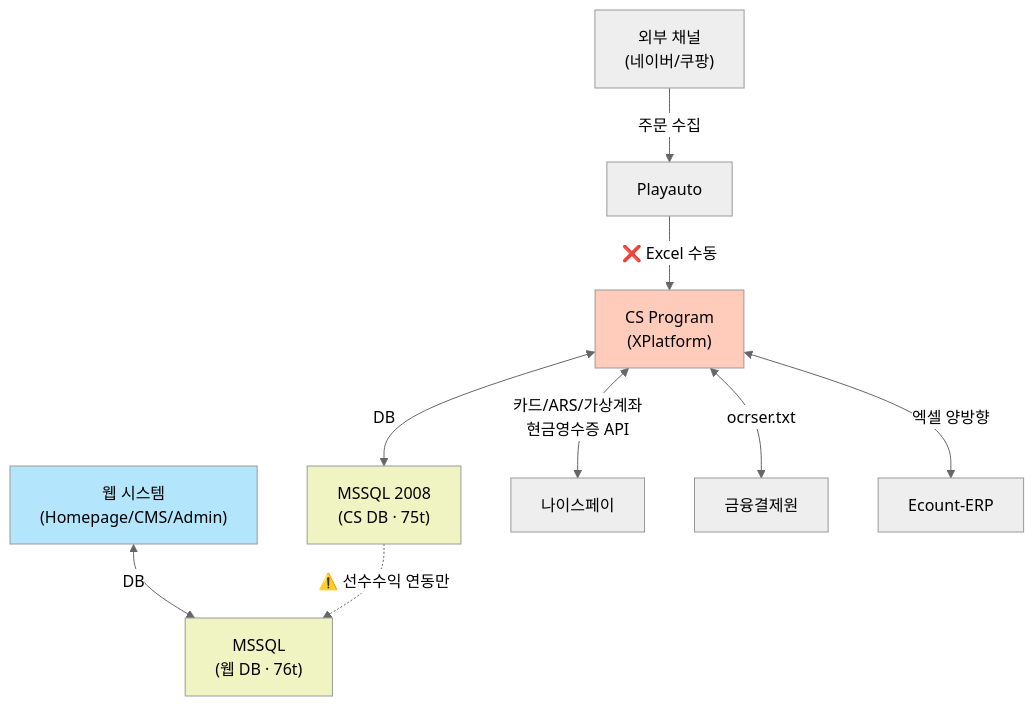
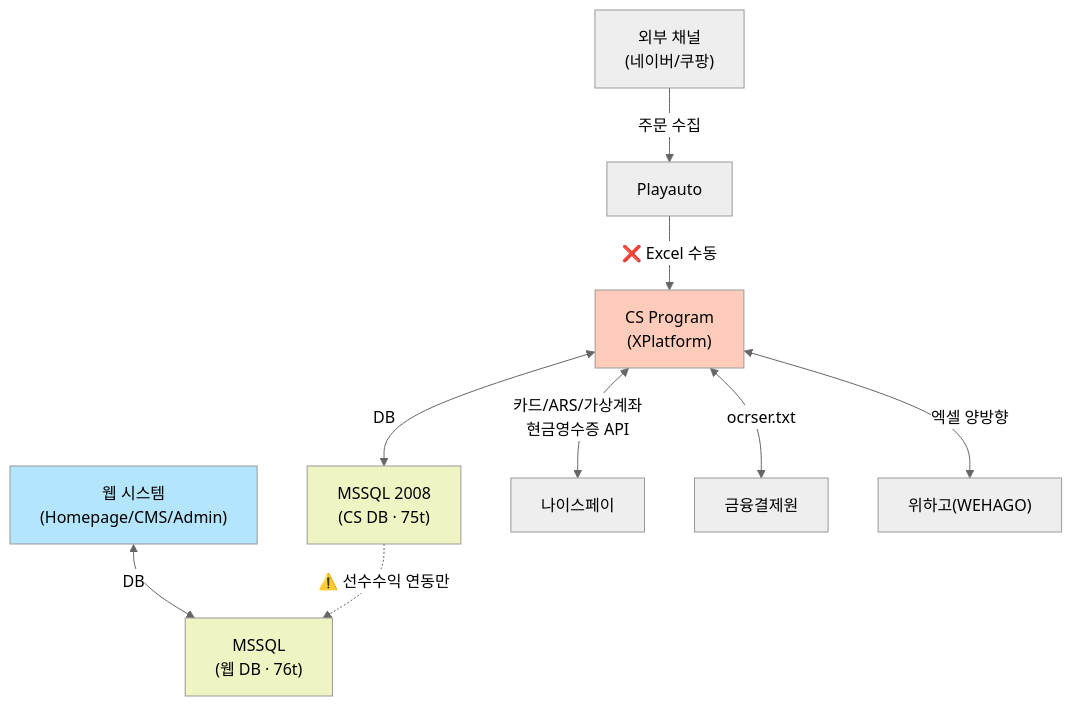
One commit to sknkwoxs/manual-book changed the second of 6 diagrams in src/content/docs/goodthinking-isp/02-analysis/system-diagnosis.md. Above: the diagram before and after it, drawn with Mermaid (neutral theme). The commit also changed other lines of this file and 16 other files, not shown here.

````diff
--- a/src/content/docs/goodthinking-isp/02-analysis/system-diagnosis.md
+++ b/src/content/docs/goodthinking-isp/02-analysis/system-diagnosis.md
@@ -121,26 +121,26 @@
 ```mermaid
 graph TD
     EXT["외부 채널<br/>(네이버/쿠팡)"]
     PA["Playauto"]
     CS["CS Program<br/>(XPlatform)"]
     CSDB["MSSQL 2008<br/>(CS DB · 75t)"]
     WEBDB["MSSQL<br/>(웹 DB · 76t)"]
     WEB["웹 시스템<br/>(Homepage/CMS/Admin)"]
     NP["나이스페이"]
     GF["금융결제원"]
-    EC["Ecount-ERP"]
+    EC["위하고(WEHAGO)"]
 
     EXT -->|"주문 수집"| PA
     PA -->|"❌ Excel 수동"| CS
     CS <-->|DB| CSDB
     CS <-->|"카드/ARS/가상계좌<br/>현금영수증 API"| NP
     CS <-->|"ocrser.txt"| GF
     CS <-->|"엑셀 양방향"| EC
     WEB <-->|DB| WEBDB
     CSDB -.->|"⚠️ 선수수익 연동만"| WEBDB
 
     style CS fill:#ffccbc
     style WEB fill:#b3e5fc
     style CSDB fill:#f0f4c3
     style WEBDB fill:#f0f4c3
 ```
````
